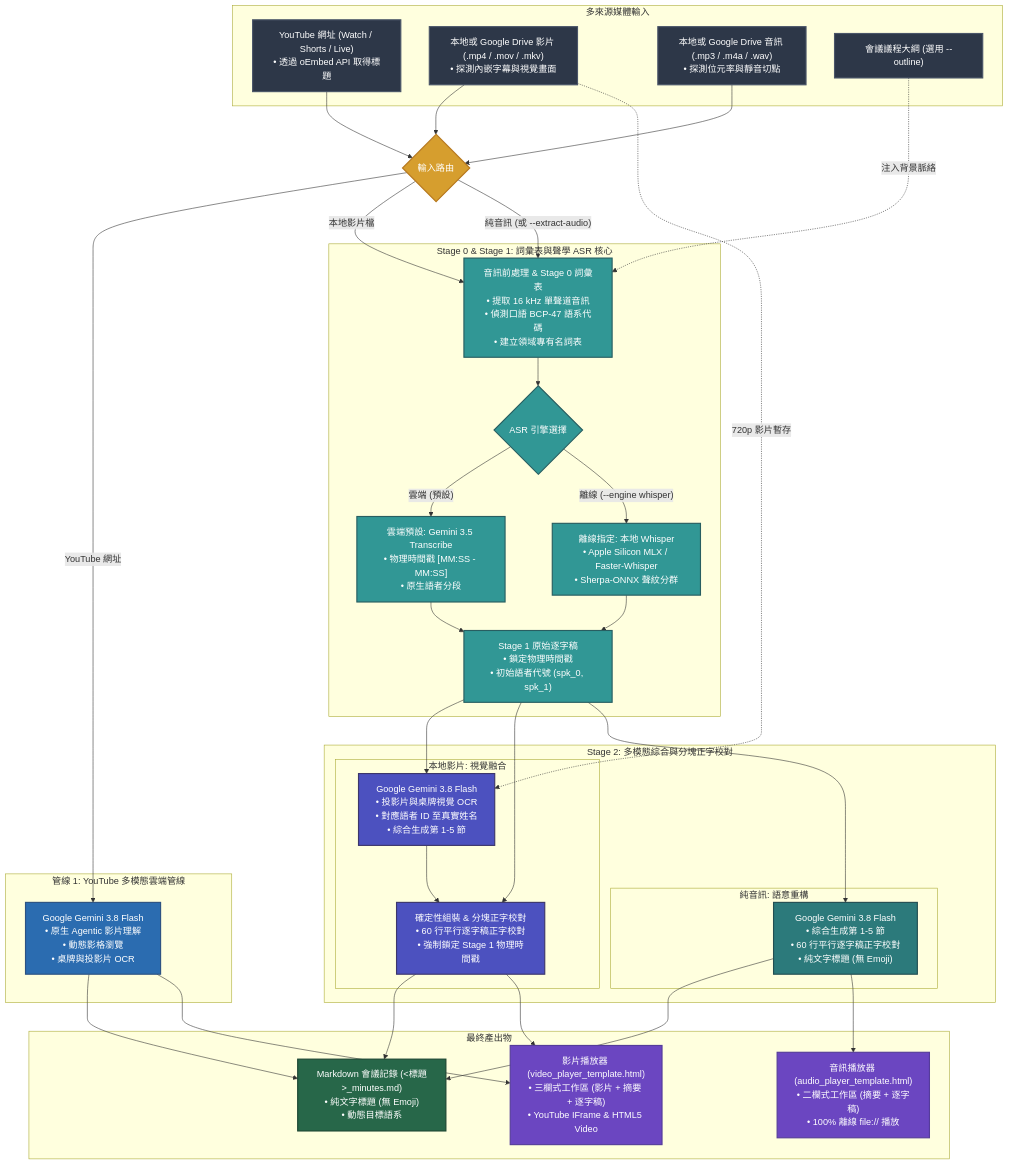
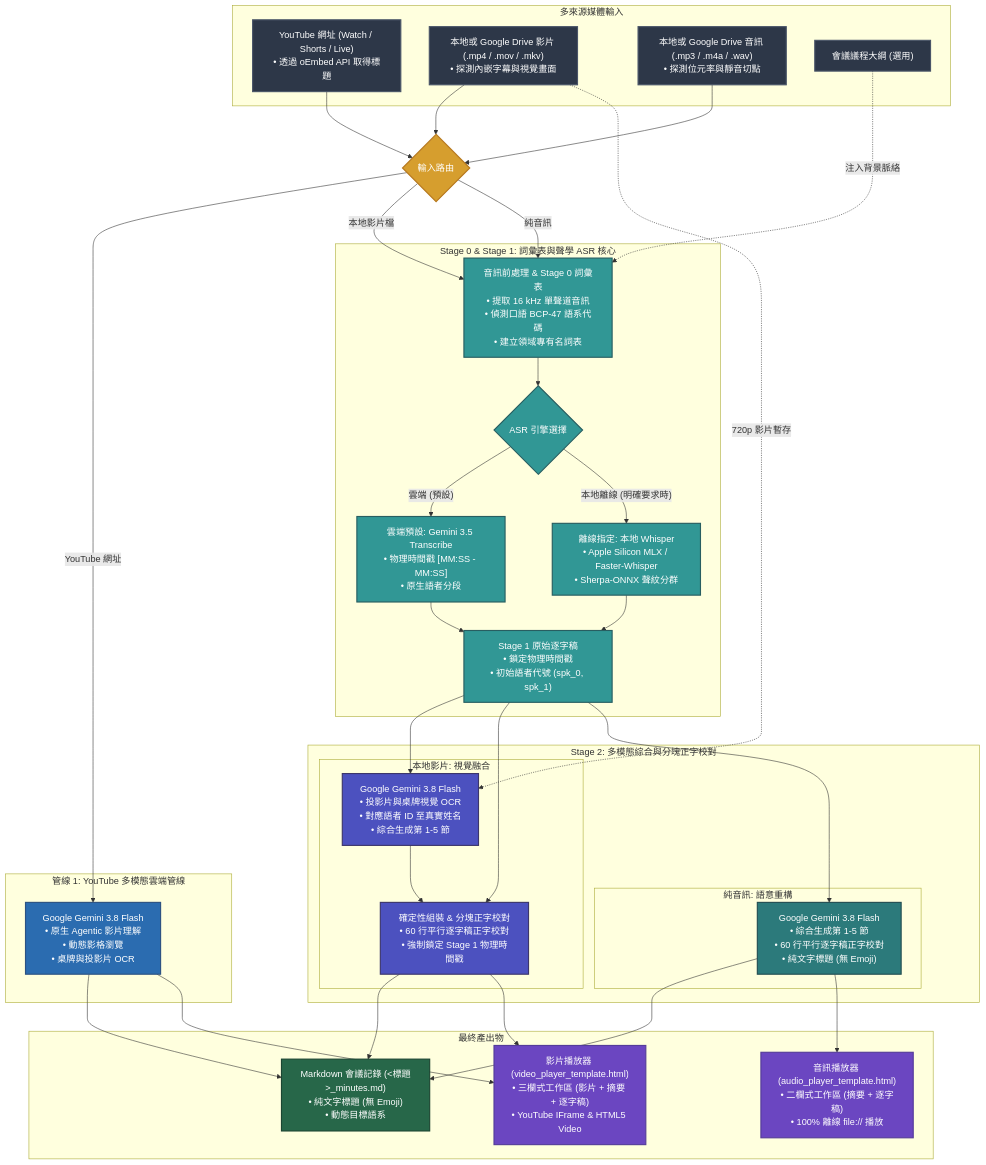
Before and after one commit to sylphlin/meeting-transcribe-agent: the diagram in README.zh-TW.md, drawn with Mermaid. The commit also changed other lines of this file and 4 other files, not shown here.

````diff
--- a/README.zh-TW.md
+++ b/README.zh-TW.md
@@ -131,75 +176,75 @@
 ```mermaid
 flowchart TD
     classDef inputStyle fill:#2D3748,stroke:#4A5568,stroke-width:2px,color:#fff;
     classDef routerStyle fill:#D69E2E,stroke:#B7791F,stroke-width:2px,color:#fff;
     classDef videoStyle fill:#2B6CB0,stroke:#2C5282,stroke-width:2px,color:#fff;
     classDef fusionStyle fill:#4C51BF,stroke:#3C366B,stroke-width:2px,color:#fff;
     classDef audioStyle fill:#2C7A7B,stroke:#234E52,stroke-width:2px,color:#fff;
     classDef asrStyle fill:#319795,stroke:#285E61,stroke-width:2px,color:#fff;
     classDef outputStyle fill:#276749,stroke:#1C4532,stroke-width:2px,color:#fff;
     classDef playerStyle fill:#6B46C1,stroke:#553C9A,stroke-width:2px,color:#fff;
 
     subgraph Input["多來源媒體輸入"]
         Y["YouTube 網址 (Watch / Shorts / Live)<br>• 透過 oEmbed API 取得標題"]:::inputStyle
         V["本地或 Google Drive 影片 (.mp4 / .mov / .mkv)<br>• 探測內嵌字幕與視覺畫面"]:::inputStyle
         A["本地或 Google Drive 音訊 (.mp3 / .m4a / .wav)<br>• 探測位元率與靜音切點"]:::inputStyle
-        O["會議議程大綱 (選用 --outline)"]:::inputStyle
+        O["會議議程大綱 (選用)"]:::inputStyle
     end
 
     Router{"輸入路由"}:::routerStyle
 
     Y --> Router
     V --> Router
     A --> Router
 
     subgraph YouTubeTrack["管線 1: YouTube 多模態雲端管線"]
         GeminiFlash["Google Gemini 3.8 Flash<br>• 原生 Agentic 影片理解<br>• 動態影格瀏覽<br>• 桌牌與投影片 OCR"]:::videoStyle
     end
 
     subgraph SharedASR["Stage 0 & Stage 1: 詞彙表與聲學 ASR 核心"]
         ExtractTrack["音訊前處理 & Stage 0 詞彙表<br>• 提取 16 kHz 單聲道音訊<br>• 偵測口語 BCP-47 語系代碼<br>• 建立領域專有名詞表"]:::asrStyle
         ASREngine{"ASR 引擎選擇"}:::asrStyle
         ASR_Gemini["雲端預設: Gemini 3.5 Transcribe<br>• 物理時間戳 [MM:SS - MM:SS]<br>• 原生語者分段"]:::asrStyle
         ASR_Whisper["離線指定: 本地 Whisper<br>• Apple Silicon MLX / Faster-Whisper<br>• Sherpa-ONNX 聲紋分群"]:::asrStyle
         RawTranscript["Stage 1 原始逐字稿<br>• 鎖定物理時間戳<br>• 初始語者代號 (spk_0, spk_1)"]:::asrStyle
 
         ExtractTrack --> ASREngine
         ASREngine -- "雲端 (預設)" --> ASR_Gemini --> RawTranscript
-        ASREngine -- "離線 (--engine whisper)" --> ASR_Whisper --> RawTranscript
+        ASREngine -- "本地離線 (明確要求時)" --> ASR_Whisper --> RawTranscript
         O -. "注入背景脈絡" .-> ExtractTrack
     end
 
     subgraph Stage2Divergence["Stage 2: 多模態綜合與分塊正字校對"]
         subgraph LocalVideoStage2["本地影片: 視覺融合"]
             Stage2Video["Google Gemini 3.8 Flash<br>• 投影片與桌牌視覺 OCR<br>• 對應語者 ID 至真實姓名<br>• 綜合生成第 1-5 節"]:::fusionStyle
             Deterministic["確定性組裝 & 分塊正字校對<br>• 60 行平行逐字稿正字校對<br>• 強制鎖定 Stage 1 物理時間戳"]:::fusionStyle
             Stage2Video --> Deterministic
         end
 
         subgraph AudioStage2["純音訊: 語意重構"]
             Restructure["Google Gemini 3.8 Flash<br>• 綜合生成第 1-5 節<br>• 60 行平行逐字稿正字校對<br>• 純文字標題 (無 Emoji)"]:::audioStyle
         end
     end
 
     Router -- "YouTube 網址" --> GeminiFlash
     Router -- "本地影片檔" --> ExtractTrack
-    Router -- "純音訊 (或 --extract-audio)" --> ExtractTrack
+    Router -- "純音訊" --> ExtractTrack
 
     RawTranscript --> Stage2Video
     V -. "720p 影片暫存" .-> Stage2Video
     RawTranscript --> Deterministic
     RawTranscript --> Restructure
 
     subgraph Delivery["最終產出物"]
         MD["Markdown 會議記錄 (<標題>_minutes.md)<br>• 純文字標題 (無 Emoji)<br>• 動態目標語系"]:::outputStyle
         VPlayer["影片播放器 (video_player_template.html)<br>• 三欄式工作區 (影片 + 摘要 + 逐字稿)<br>• YouTube IFrame & HTML5 Video"]:::playerStyle
         APlayer["音訊播放器 (audio_player_template.html)<br>• 二欄式工作區 (摘要 + 逐字稿)<br>• 100% 離線 file:// 播放"]:::playerStyle
     end
 
     GeminiFlash --> MD
     GeminiFlash --> VPlayer
     Deterministic --> MD
     Deterministic --> VPlayer
     Restructure --> MD
     Restructure --> APlayer
 ```
````
